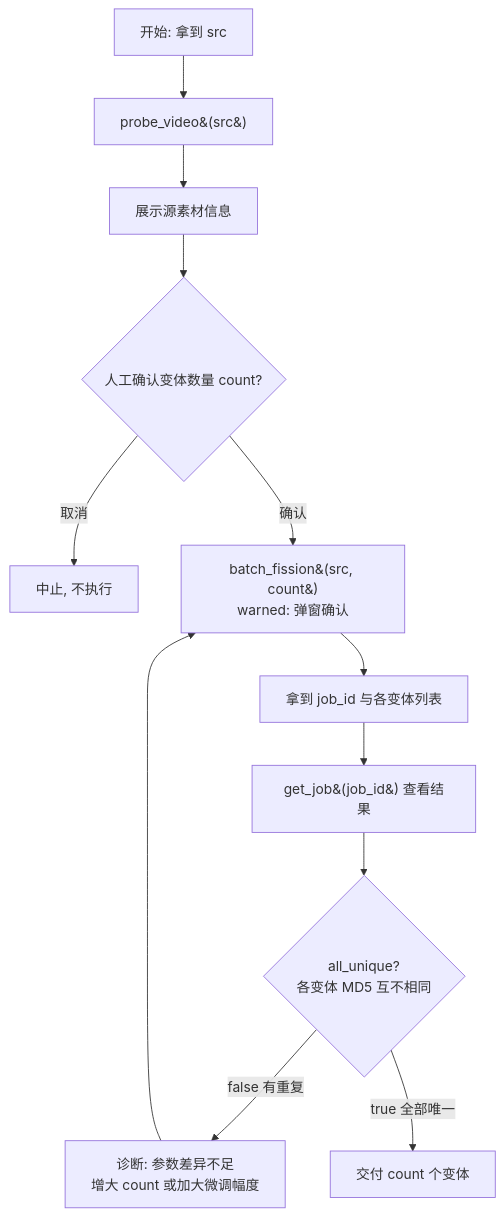
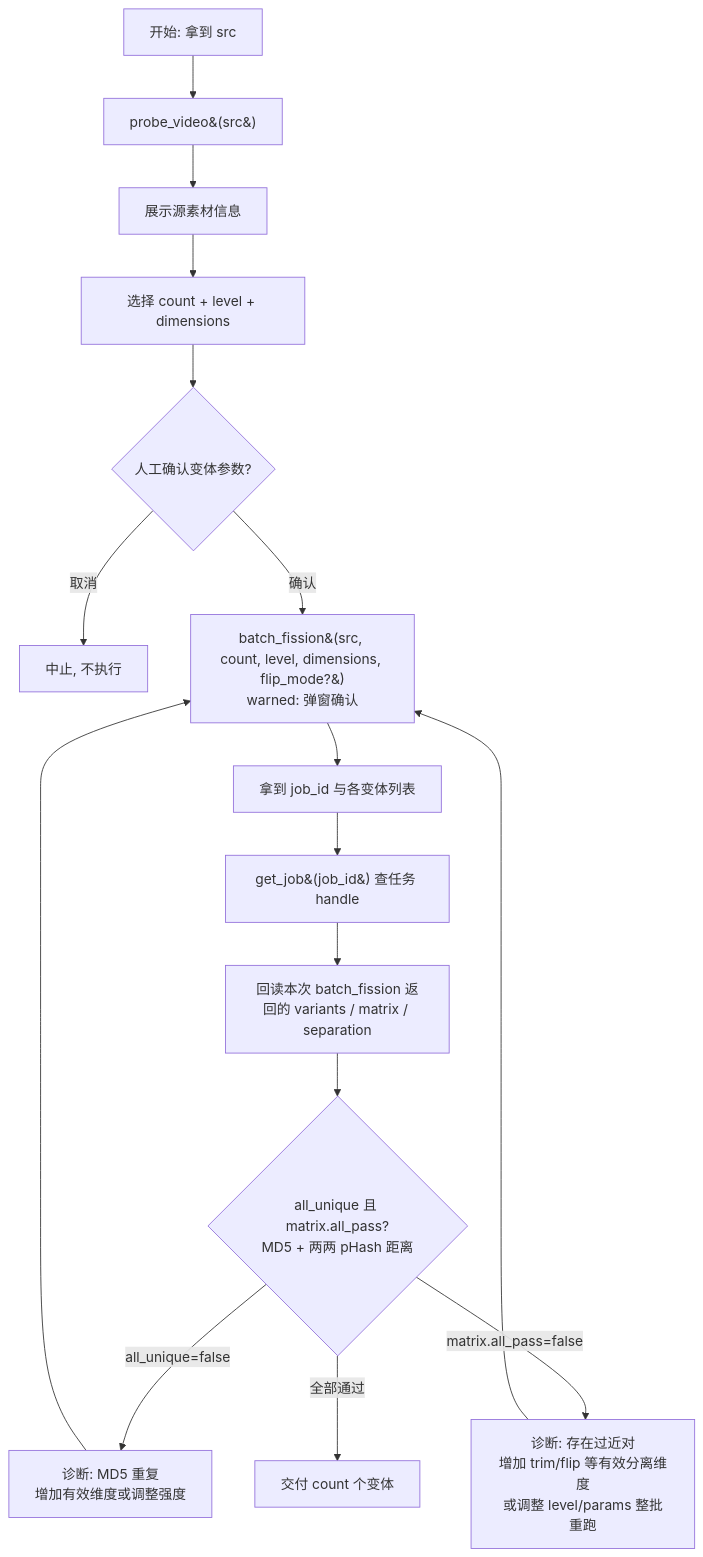
The diagram in station/shared/skills/batch-fission/SKILL.md (luckly06/video-mcp), drawn with Mermaid before and after one commit. The commit also changed other lines of this file and 54 other files, not shown here.

````diff
--- a/station/shared/skills/batch-fission/SKILL.md
+++ b/station/shared/skills/batch-fission/SKILL.md
@@ -23,14 +24,19 @@
 ```mermaid
 flowchart TD
     A[开始: 拿到 src] --> B[probe_video&#40;src&#41;]
     B --> C[展示源素材信息]
-    C --> D{人工确认变体数量 count?}
-    D -->|取消| Z[中止, 不执行]
-    D -->|确认| E[batch_fission&#40;src, count&#41;<br/>warned: 弹窗确认]
-    E --> F[拿到 job_id 与各变体列表]
-    F --> G[get_job&#40;job_id&#41; 查看结果]
-    G --> H{all_unique?<br/>各变体 MD5 互不相同}
-    H -->|false 有重复| I[诊断: 参数差异不足<br/>增大 count 或加大微调幅度]
-    I --> E
-    H -->|true 全部唯一| Y[交付 count 个变体]
+    C --> D[选择 count + level + dimensions]
+    D --> E{人工确认变体参数?}
+    E -->|取消| Z[中止, 不执行]
+    E -->|确认| F[batch_fission&#40;src, count, level, dimensions, flip_mode?&#41;<br/>warned: 弹窗确认]
+    F --> G[拿到 job_id 与各变体列表]
+    G --> H[get_job&#40;job_id&#41; 查任务 handle]
+    H --> I[回读本次 batch_fission 返回的 variants / matrix / separation]
+    I --> J{all_unique 且 matrix.all_pass?<br/>MD5 + 两两 pHash 距离}
+    J -->|all_unique=false| J1[诊断: MD5 重复<br/>增加有效维度或调整强度]
+    J -->|matrix.all_pass=false| J2[诊断: 存在过近对<br/>增加 trim/flip 等有效分离维度<br/>或调整 level/params 整批重跑]
+    J1 --> F
+    J2 --> F
+    J -->|全部通过| Y[交付 count 个变体]
+
 ```
````
